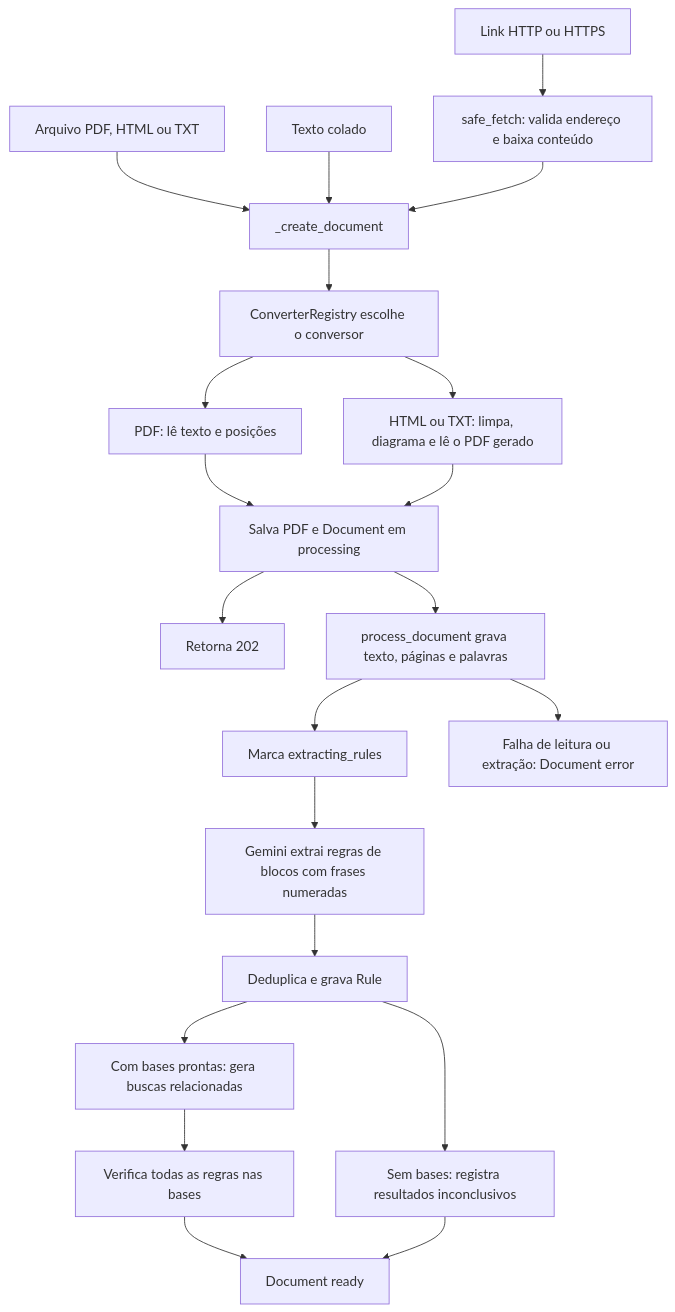
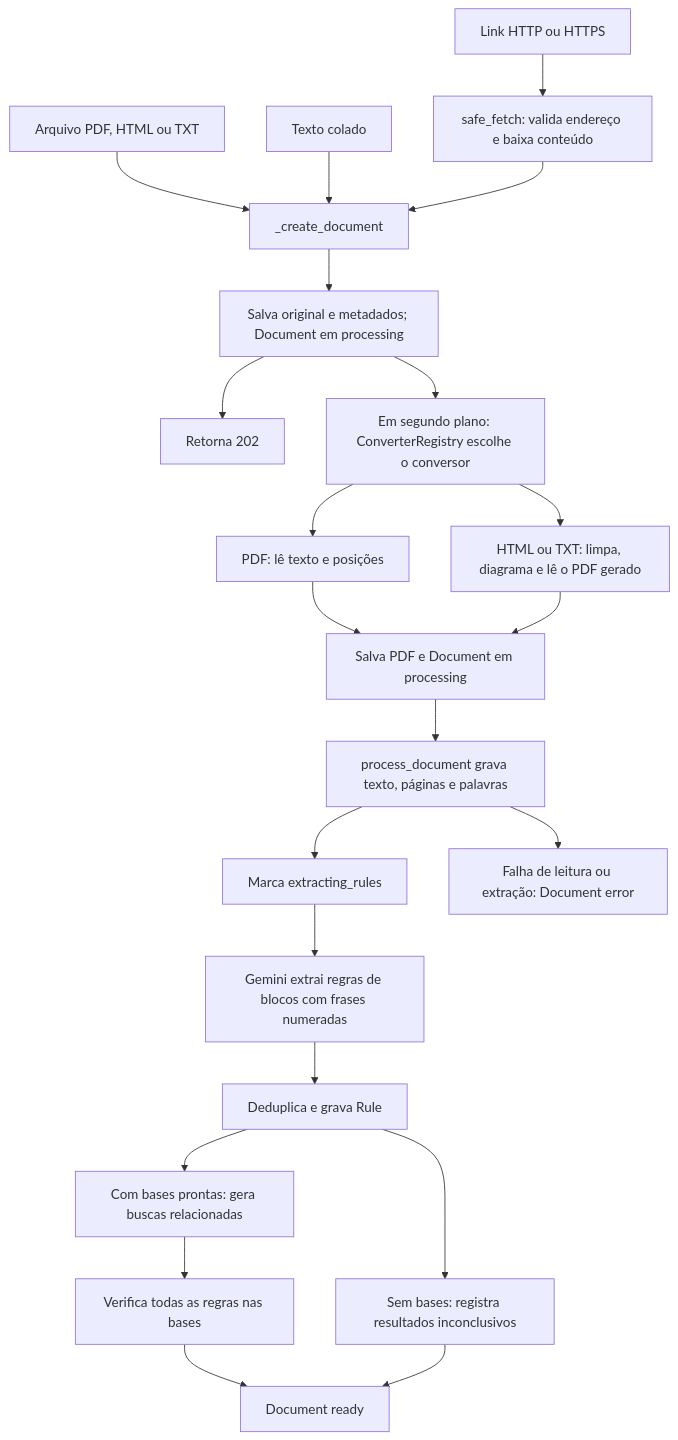
The third of 8 diagrams in docs/fluxos.md (brunpena/ic-grifo), drawn with Mermaid before and after one commit. The commit also changed other lines of this file and 2 other files, not shown here.

Commit message:
docs: describe async uploads recovery and processing limits

````diff
--- a/docs/fluxos.md
+++ b/docs/fluxos.md
@@ -74,23 +78,24 @@
 ```mermaid
 flowchart TD
     A["Arquivo PDF, HTML ou TXT"] --> D["_create_document"]
     B["Texto colado"] --> D
     C["Link HTTP ou HTTPS"] --> S["safe_fetch: valida endereço e baixa conteúdo"]
     S --> D
-    D --> R["ConverterRegistry escolhe o conversor"]
+    D --> ORIGINAL["Salva original e metadados; Document em processing"]
+    ORIGINAL --> RESP["Retorna 202"]
+    ORIGINAL --> R["Em segundo plano: ConverterRegistry escolhe o conversor"]
     R --> P["PDF: lê texto e posições"]
     R --> H["HTML ou TXT: limpa, diagrama e lê o PDF gerado"]
     P --> G["Salva PDF e Document em processing"]
     H --> G
-    G --> RESP["Retorna 202"]
     G --> T["process_document grava texto, páginas e palavras"]
     T --> E["Marca extracting_rules"]
     E --> L["Gemini extrai regras de blocos com frases numeradas"]
     L --> U["Deduplica e grava Rule"]
     U --> Q["Com bases prontas: gera buscas relacionadas"]
     Q --> V["Verifica todas as regras nas bases"]
     U --> N["Sem bases: registra resultados inconclusivos"]
     V --> OK["Document ready"]
     N --> OK
     T --> ER["Falha de leitura ou extração: Document error"]
 ```
````
